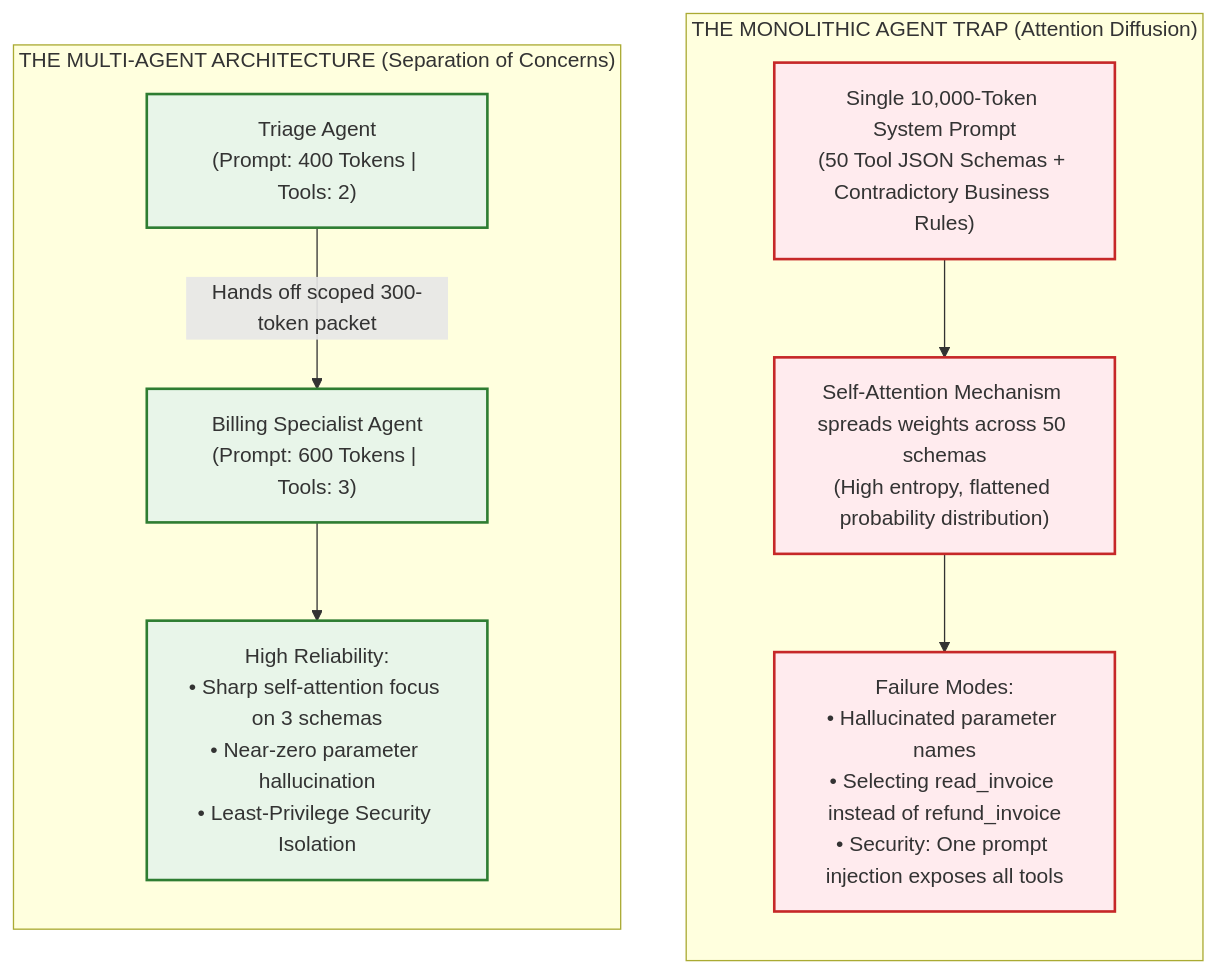
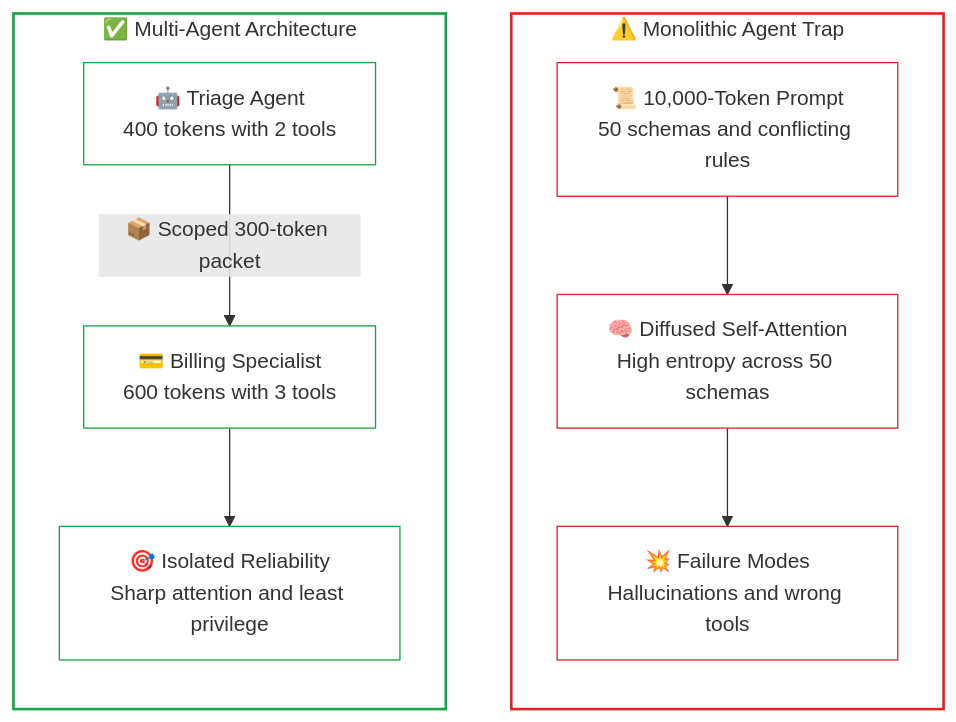
The first of 6 diagrams in 04-agentic-systems-and-orchestration/05-multi-agent-coordination-and-a2a-protocols.md (dip4k/senior-engineer-to-ai-engineer-roadmap), drawn with Mermaid before and after one commit. The commit also changed other lines of this file and 94 other files, not shown here.

Commit message:
refactor(curriculum): complete Phase 04 upgrade and enforce diagram renderer invariants

````diff
--- a/04-agentic-systems-and-orchestration/05-multi-agent-coordination-and-a2a-protocols.md
+++ b/04-agentic-systems-and-orchestration/05-multi-agent-coordination-and-a2a-protocols.md
@@ -23,20 +21,25 @@
 ```mermaid
 flowchart TD
-    classDef mono fill:#ffebee,stroke:#c62828,stroke-width:2px;
-    classDef multi fill:#e8f5e9,stroke:#2e7d32,stroke-width:2px;
-    classDef step fill:#ffffff,stroke:#333,stroke-width:1px;
-
-    subgraph Monolith["THE MONOLITHIC AGENT TRAP (Attention Diffusion)"]
+    subgraph Monolith["⚠️ Monolithic Agent Trap"]
         direction TB
-        M_Prompt["Single 10,000-Token System Prompt\n(50 Tool JSON Schemas + Contradictory Business Rules)"]:::mono
-        --> M_Attn["Self-Attention Mechanism spreads weights across 50 schemas\n(High entropy, flattened probability distribution)"]:::mono
-        --> M_Fail["Failure Modes:\n• Hallucinated parameter names\n• Selecting read_invoice instead of refund_invoice\n• Security: One prompt injection exposes all tools"]:::mono
+        M_Prompt["📜 10,000-Token Prompt<br/>50 schemas and conflicting rules"]
+        --> M_Attn["🧠 Diffused Self-Attention<br/>High entropy across 50 schemas"]
+        --> M_Fail["💥 Failure Modes<br/>Hallucinations and wrong tools"]
     end
 
-    subgraph MultiAgent["THE MULTI-AGENT ARCHITECTURE (Separation of Concerns)"]
+    subgraph MultiAgent["✅ Multi-Agent Architecture"]
         direction TB
-        MA_Triage["Triage Agent\n(Prompt: 400 Tokens | Tools: 2)"]:::multi
-        -->|"Hands off scoped 300-token packet"| MA_Specialist["Billing Specialist Agent\n(Prompt: 600 Tokens | Tools: 3)"]:::multi
-        --> MA_Success["High Reliability:\n• Sharp self-attention focus on 3 schemas\n• Near-zero parameter hallucination\n• Least-Privilege Security Isolation"]:::multi
+        MA_Triage["🤖 Triage Agent<br/>400 tokens with 2 tools"]
+        -->|"📦 Scoped 300-token packet"| MA_Specialist["💳 Billing Specialist<br/>600 tokens with 3 tools"]
+        --> MA_Success["🎯 Isolated Reliability<br/>Sharp attention and least privilege"]
     end
+
+    style Monolith fill:none,stroke:#dc2626,stroke-width:2px
+    style MultiAgent fill:none,stroke:#16a34a,stroke-width:2px
+    style M_Prompt stroke:#dc2626,stroke-width:1px,fill:none
+    style M_Attn stroke:#dc2626,stroke-width:1px,fill:none
+    style M_Fail stroke:#dc2626,stroke-width:1px,fill:none
+    style MA_Triage stroke:#16a34a,stroke-width:1px,fill:none
+    style MA_Specialist stroke:#16a34a,stroke-width:1px,fill:none
+    style MA_Success stroke:#16a34a,stroke-width:1px,fill:none
 ```
````
